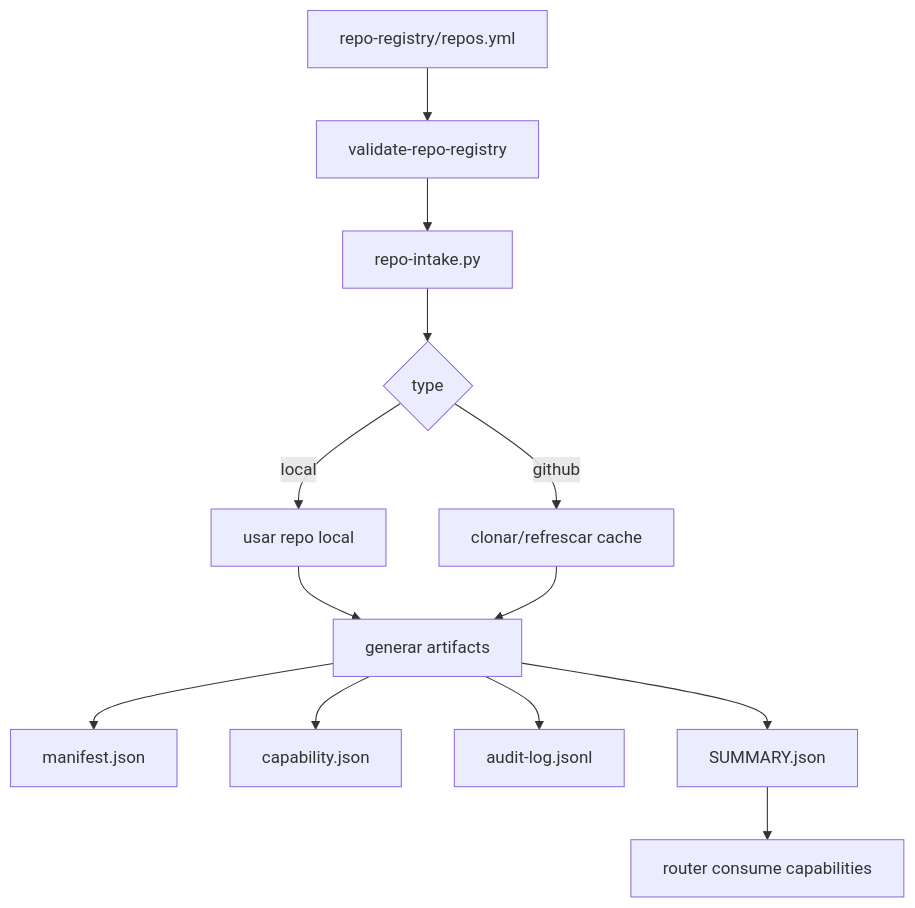
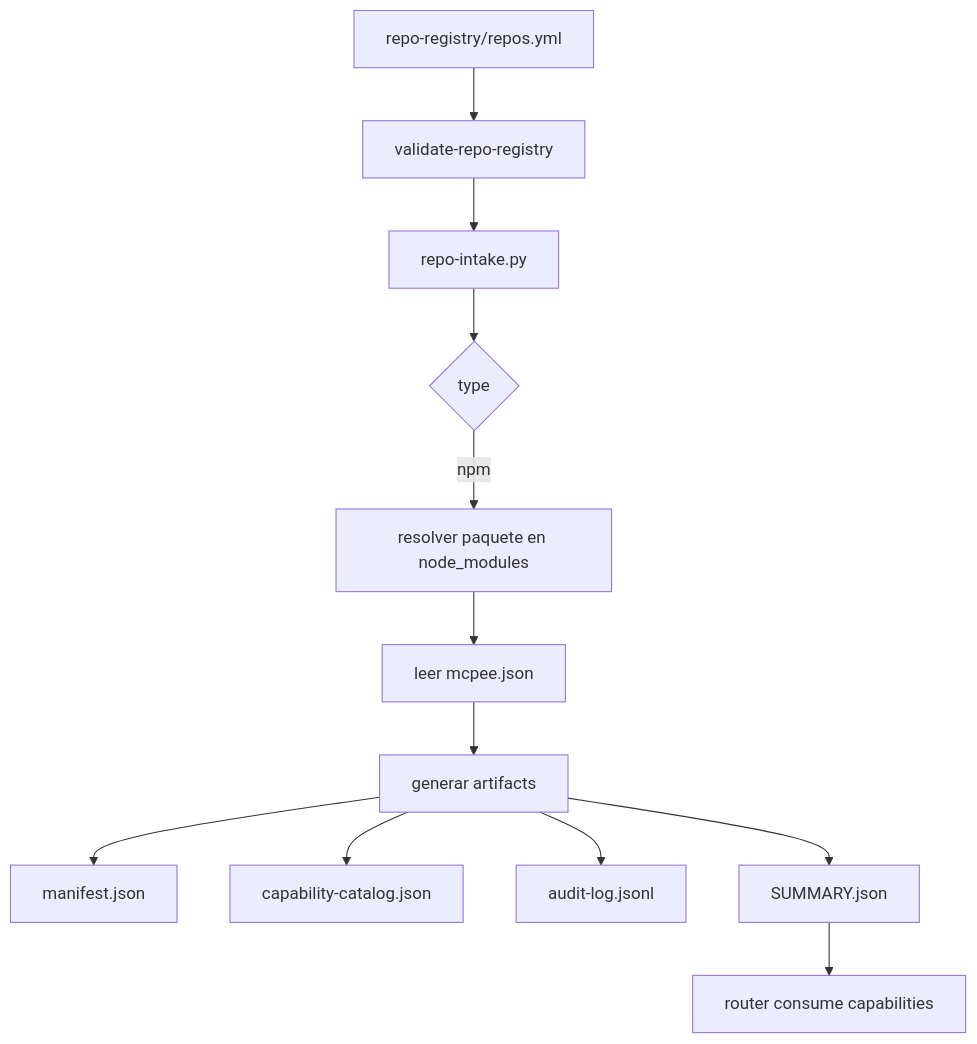
Before and after one commit to Sertxito/mcp-efficiency-engine: the third of 10 diagrams in README.md, drawn with Mermaid. The commit also changed other lines of this file and 19 other files, not shown here.

````diff
--- a/README.md
+++ b/README.md
@@ -92,15 +91,14 @@
 ```mermaid
 flowchart TD
   R[repo-registry/repos.yml] --> V[validate-repo-registry]
   V --> I[repo-intake.py]
   I --> S{type}
-  S -->|local| L[usar repo local]
-  S -->|github| G[clonar/refrescar cache]
-  L --> A[generar artifacts]
-  G --> A
+  S -->|npm| N[resolver paquete en node_modules]
+  N --> C0[leer mcpee.json]
+  C0 --> A[generar artifacts]
   A --> M[manifest.json]
-  A --> C[capability.json]
+  A --> C[capability-catalog.json]
   A --> AU[audit-log.jsonl]
   A --> SU[SUMMARY.json]
   SU --> OR[router consume capabilities]
 ```
````
